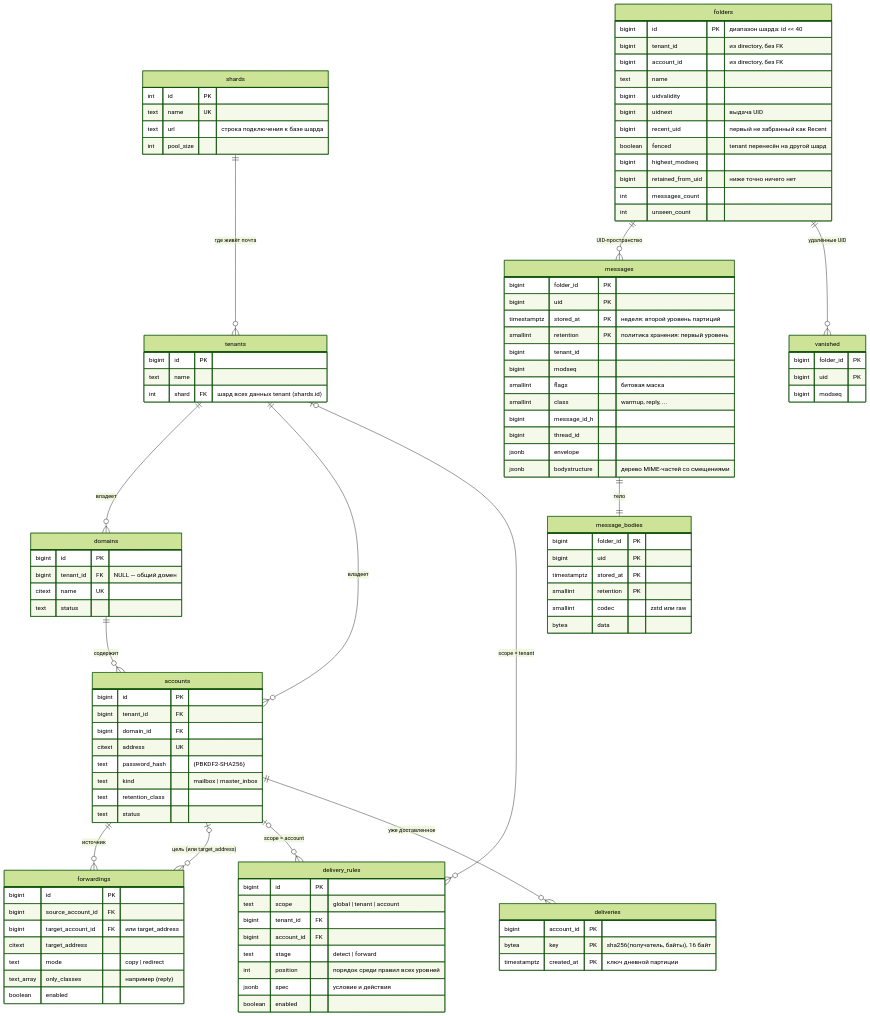
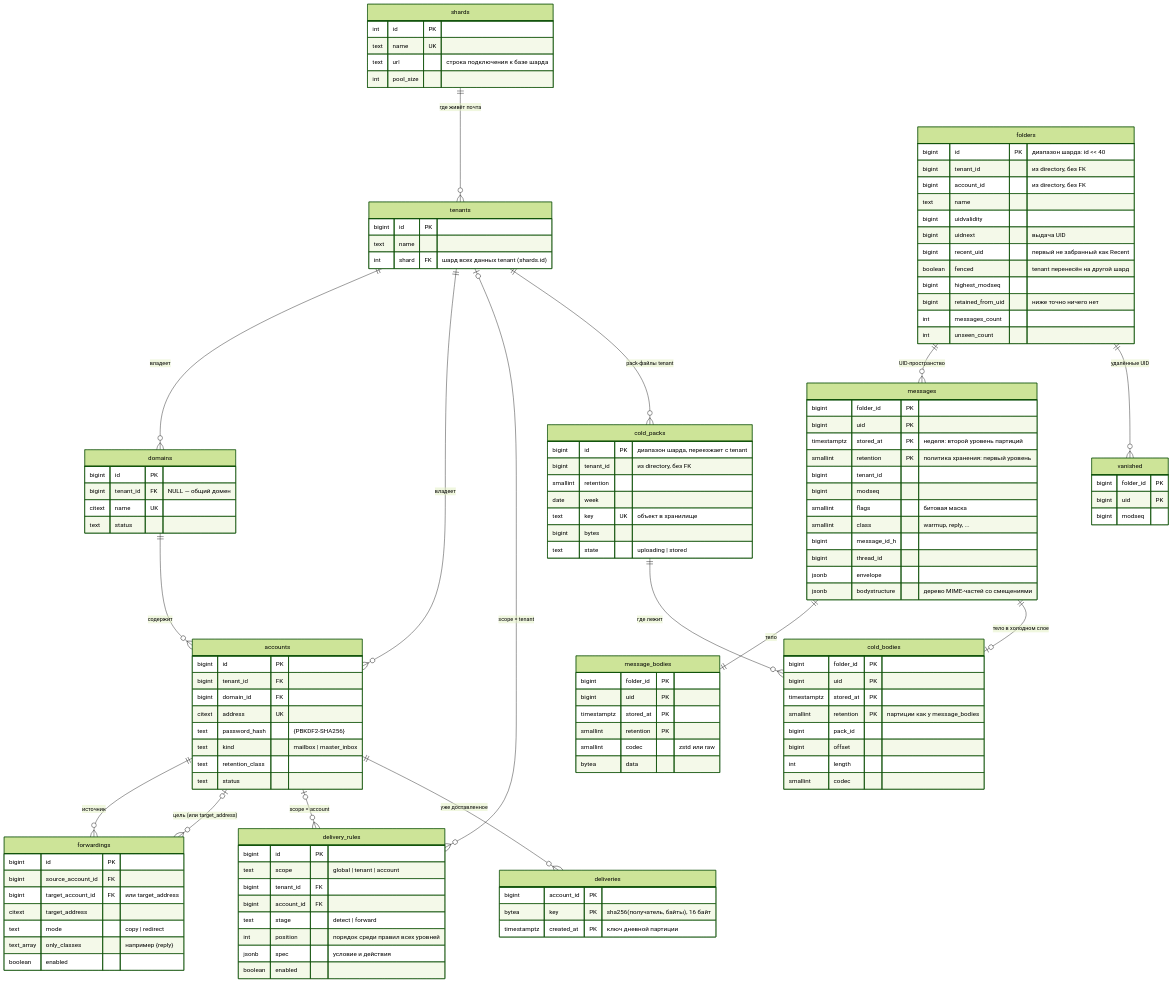
One commit to ichi404gh/mailstore changed the sixth of 8 diagrams in docs/architecture.md. Above: the diagram before and after it, drawn with Mermaid (forest theme). The commit also changed other lines of this file, not shown here.

First line of the commit message:
Bring the architecture diagrams up to date with retention and the cold tier

````diff
--- a/docs/architecture.md
+++ b/docs/architecture.md
@@ -347,4 +351,28 @@
     bytea key PK "sha256(получатель, байты), 16 байт"
     timestamptz created_at PK "ключ дневной партиции"
   }
+
+  messages ||--o| cold_bodies : "тело в холодном слое"
+  cold_packs ||--o{ cold_bodies : "где лежит"
+  tenants ||--o{ cold_packs : "pack-файлы tenant"
+
+  cold_packs {
+    bigint id PK "диапазон шарда, переезжает с tenant"
+    bigint tenant_id "из directory, без FK"
+    smallint retention
+    date week
+    text key UK "объект в хранилище"
+    bigint bytes
+    text state "uploading | stored"
+  }
+  cold_bodies {
+    bigint folder_id PK
+    bigint uid PK
+    timestamptz stored_at PK
+    smallint retention PK "партиции как у message_bodies"
+    bigint pack_id
+    bigint offset
+    int length
+    smallint codec
+  }
 ```
````
